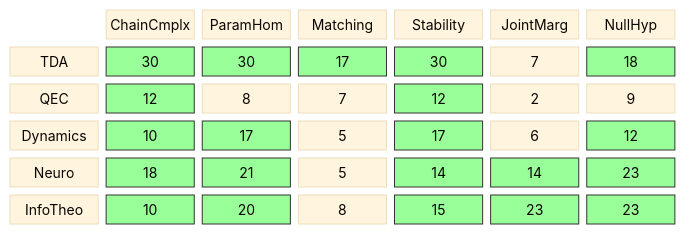
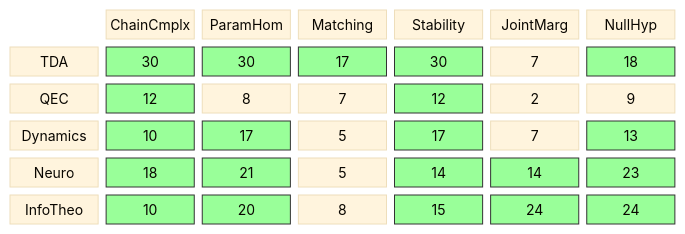
The diagram in diagrams/coverage-matrix.md (musicofhel/topoyolo), drawn with Mermaid before and after one commit. The commit also changed other lines of this file and 6 other files, not shown here.

````diff
--- a/diagrams/coverage-matrix.md
+++ b/diagrams/coverage-matrix.md
@@ -21,34 +21,34 @@
 ```mermaid
 %%{init: {'theme': 'base', 'themeVariables': {'fontSize': '14px'}}}%%
 block-beta
   columns 7
 
   space:1 CC["ChainCmplx"] PH["ParamHom"] MA["Matching"] ST["Stability"] JM["JointMarg"] NH["NullHyp"]
 
   TDA["TDA"] TDA_CC["30"] TDA_PH["30"] TDA_MA["17"] TDA_ST["30"] TDA_JM["7"] TDA_NH["18"]
   QEC["QEC"] QEC_CC["12"] QEC_PH["8"] QEC_MA["7"] QEC_ST["12"] QEC_JM["2"] QEC_NH["9"]
-  DYN["Dynamics"] DYN_CC["10"] DYN_PH["17"] DYN_MA["5"] DYN_ST["17"] DYN_JM["6"] DYN_NH["12"]
+  DYN["Dynamics"] DYN_CC["10"] DYN_PH["17"] DYN_MA["5"] DYN_ST["17"] DYN_JM["7"] DYN_NH["13"]
   NEU["Neuro"] NEU_CC["18"] NEU_PH["21"] NEU_MA["5"] NEU_ST["14"] NEU_JM["14"] NEU_NH["23"]
-  IT["InfoTheo"] IT_CC["10"] IT_PH["20"] IT_MA["8"] IT_ST["15"] IT_JM["23"] IT_NH["23"]
+  IT["InfoTheo"] IT_CC["10"] IT_PH["20"] IT_MA["8"] IT_ST["15"] IT_JM["24"] IT_NH["24"]
   style TDA_CC fill:#9f9,stroke:#333
   style TDA_PH fill:#9f9,stroke:#333
   style TDA_MA fill:#9f9,stroke:#333
   style TDA_ST fill:#9f9,stroke:#333
   style TDA_NH fill:#9f9,stroke:#333
   style QEC_CC fill:#9f9,stroke:#333
   style QEC_ST fill:#9f9,stroke:#333
   style DYN_CC fill:#9f9,stroke:#333
   style DYN_PH fill:#9f9,stroke:#333
   style DYN_ST fill:#9f9,stroke:#333
   style DYN_NH fill:#9f9,stroke:#333
   style NEU_CC fill:#9f9,stroke:#333
   style NEU_PH fill:#9f9,stroke:#333
   style NEU_ST fill:#9f9,stroke:#333
   style NEU_JM fill:#9f9,stroke:#333
   style NEU_NH fill:#9f9,stroke:#333
   style IT_CC fill:#9f9,stroke:#333
   style IT_PH fill:#9f9,stroke:#333
   style IT_ST fill:#9f9,stroke:#333
   style IT_JM fill:#9f9,stroke:#333
   style IT_NH fill:#9f9,stroke:#333
 ```
````
